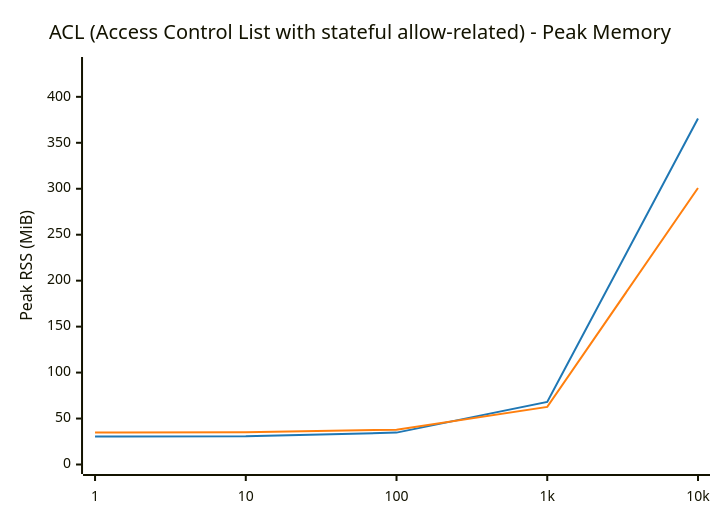
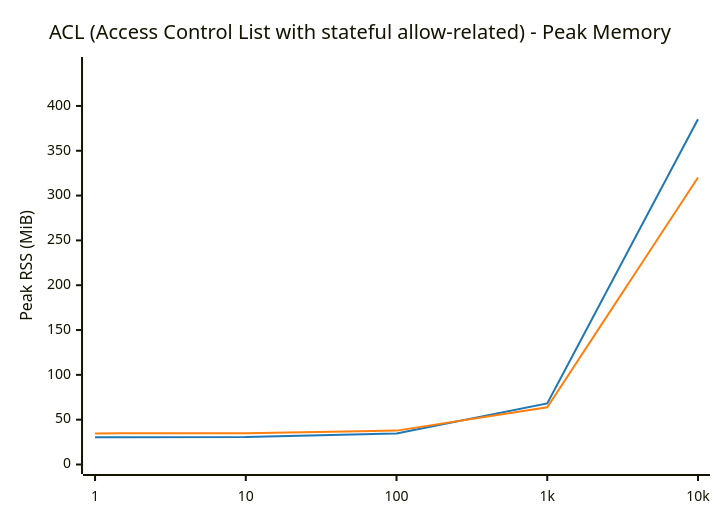
Before and after one commit to LionelJouin/ovs-ovn-bench: the fourth of 14 diagrams in results/BENCHMARK_REPORT.md, drawn with Mermaid. The commit also changed other lines of this file and 4 other files, not shown here.

````diff
--- a/results/BENCHMARK_REPORT.md
+++ b/results/BENCHMARK_REPORT.md
@@ -253,14 +253,14 @@
 ```mermaid
 ---
 config:
     themeVariables:
         xyChart:
             plotColorPalette: "#1f77b4, #ff7f0e"
 ---
 xychart-beta
     title "ACL (Access Control List with stateful allow-related) - Peak Memory"
     x-axis ["1", "10", "100", "1k", "10k"]
-    y-axis "Peak RSS (MiB)" 0 --> 433
-    line "glibc malloc" [30.5, 30.7, 34.7, 68.1, 376.4]
-    line "jemalloc" [34.7, 35.0, 37.9, 62.7, 300.8]
+    y-axis "Peak RSS (MiB)" 0 --> 444
+    line "glibc malloc" [30.5, 30.7, 34.7, 68.1, 385.2]
+    line "jemalloc" [34.7, 35.0, 37.8, 63.8, 320.2]
 ```
````
